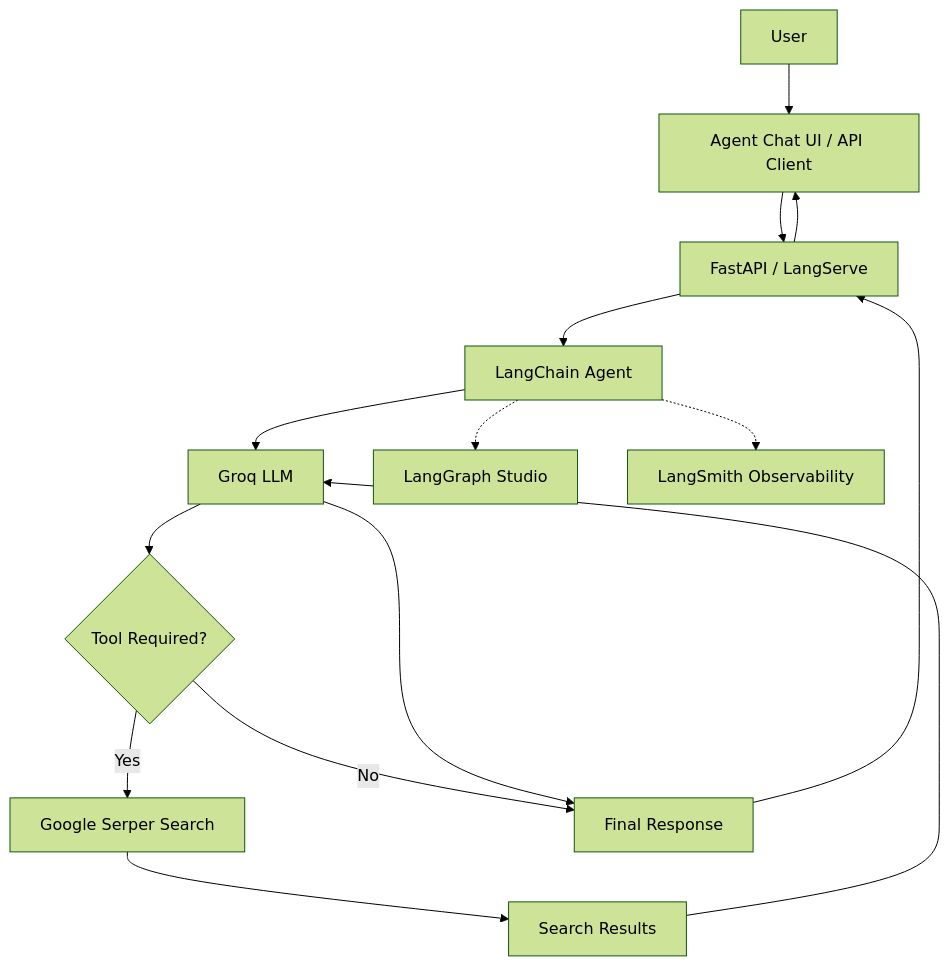
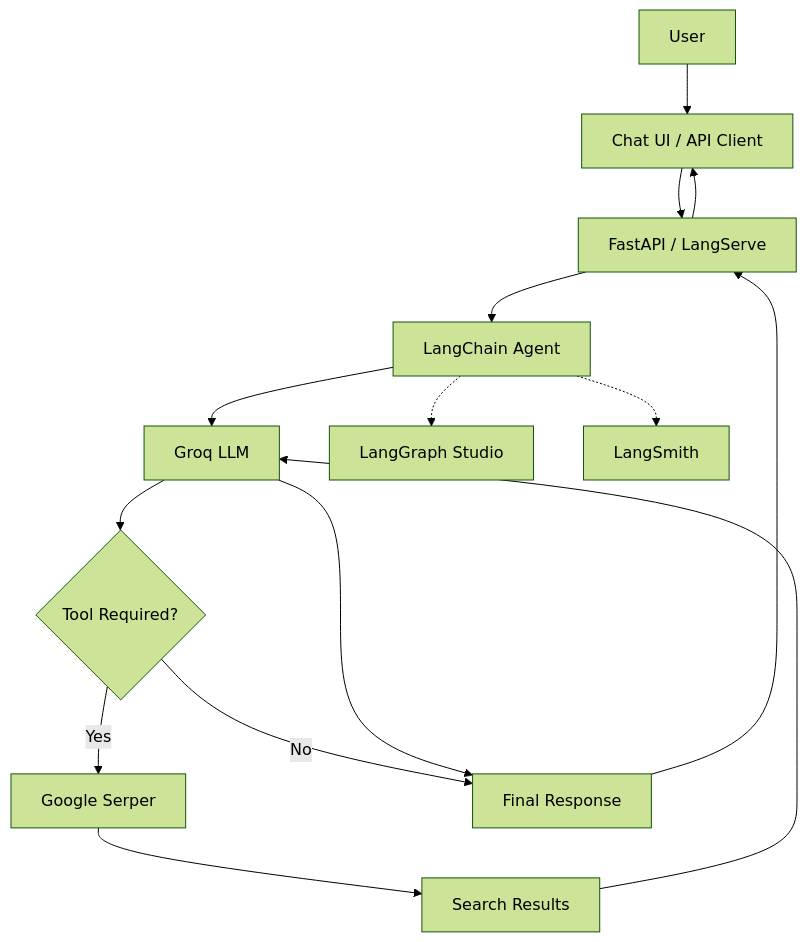
The diagram in README.md (karkiayush/langchain-groq-chatbot), drawn with Mermaid (forest theme) before and after one commit. The commit also changed other lines of this file, not shown here.

````diff
--- a/README.md
+++ b/README.md
@@ -32,24 +25,17 @@
 ```mermaid
 flowchart TD
-    A[User] --> B[Agent Chat UI / API Client]
-
+    A[User] --> B[Chat UI / API Client]
     B --> C[FastAPI / LangServe]
     C --> D[LangChain Agent]
-
     D --> E[Groq LLM]
-
     E --> F{Tool Required?}
-
-    F -->|Yes| G[Google Serper Search]
+    F -->|Yes| G[Google Serper]
     G --> H[Search Results]
     H --> E
-
     F -->|No| I[Final Response]
     E --> I
-
     I --> C
     C --> B
-
     D -.-> J[LangGraph Studio]
-    D -.-> K[LangSmith Observability]
+    D -.-> K[LangSmith]
 ```
````
